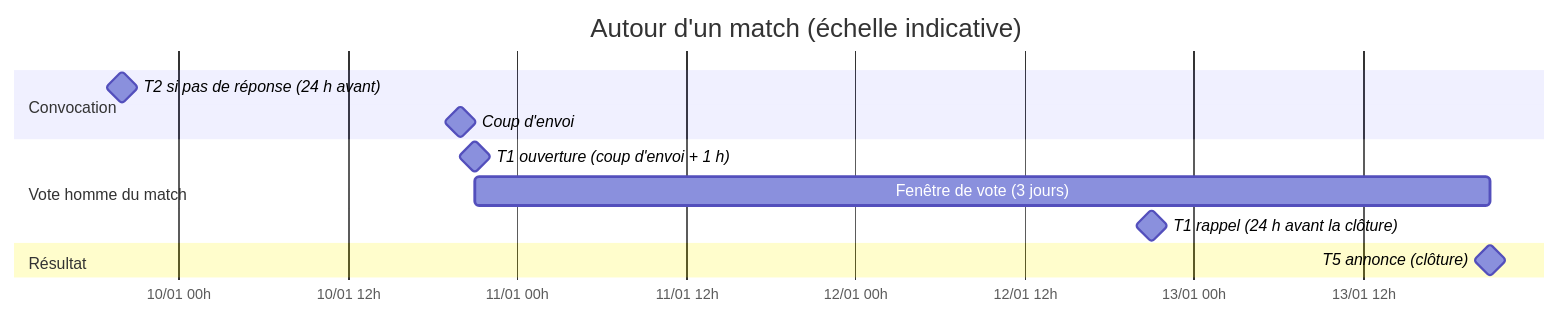
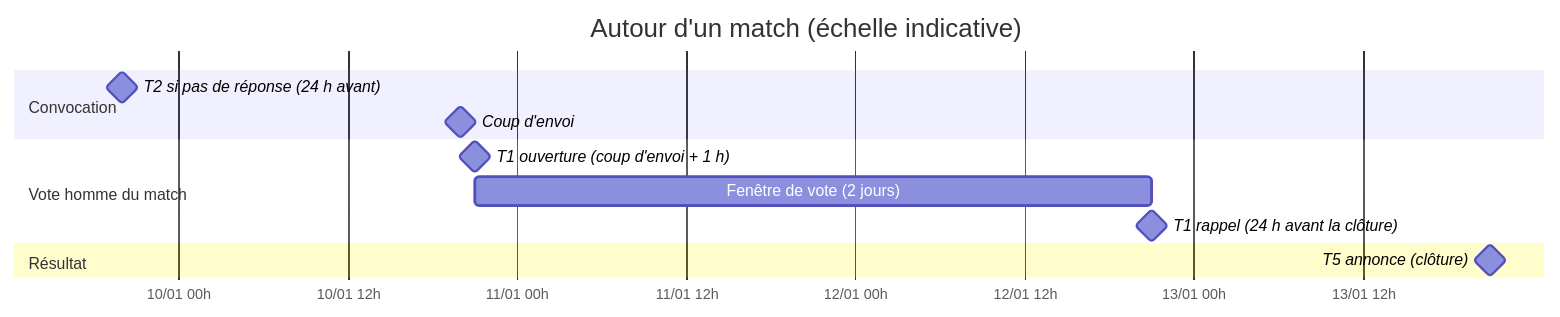
One commit to ASCaribbean-club/ascaribbean-app changed the sixth of 7 diagrams in docs/NOTIFICATIONS.md. Above: the diagram before and after it, drawn with Mermaid. The commit also changed other lines of this file and 8 other files, not shown here.

````diff
--- a/docs/NOTIFICATIONS.md
+++ b/docs/NOTIFICATIONS.md
@@ -160,15 +160,15 @@
 ```mermaid
 gantt
     title Autour d'un match (échelle indicative)
     dateFormat  YYYY-MM-DD HH:mm
     axisFormat  %d/%m %Hh
     section Convocation
     T2 si pas de réponse (24 h avant)      :milestone, 2026-01-09 20:00, 0h
     Coup d'envoi                            :milestone, 2026-01-10 20:00, 0h
     section Vote homme du match
     T1 ouverture (coup d'envoi + 1 h)      :milestone, 2026-01-10 21:00, 0h
-    Fenêtre de vote (3 jours)               :2026-01-10 21:00, 72h
+    Fenêtre de vote (2 jours)               :2026-01-10 21:00, 48h
     T1 rappel (24 h avant la clôture)      :milestone, 2026-01-12 21:00, 0h
     section Résultat
     T5 annonce (clôture)                    :milestone, 2026-01-13 21:00, 0h
 ```
````
